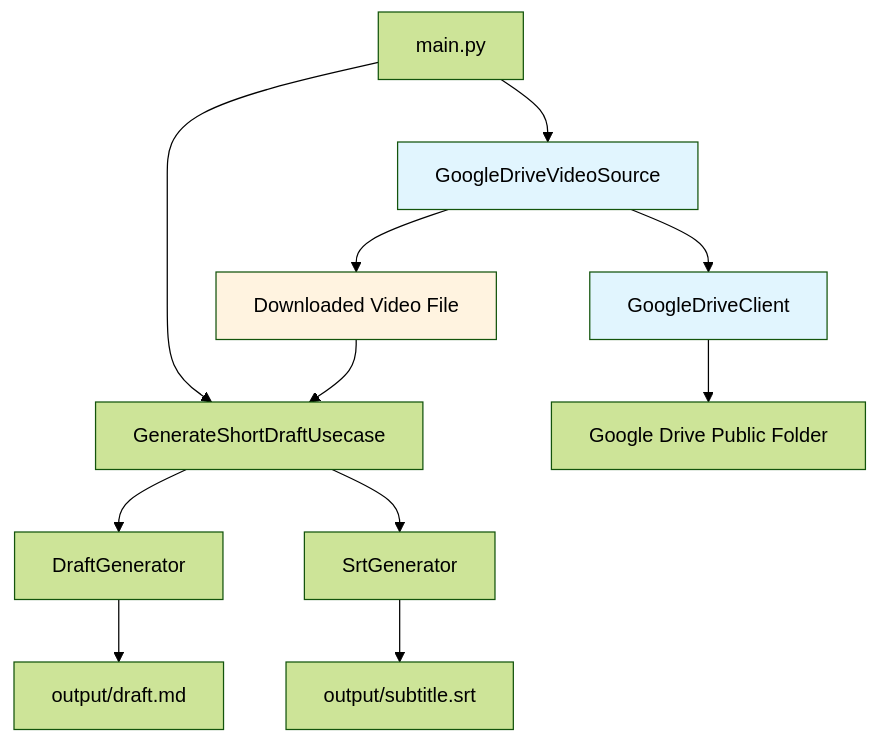
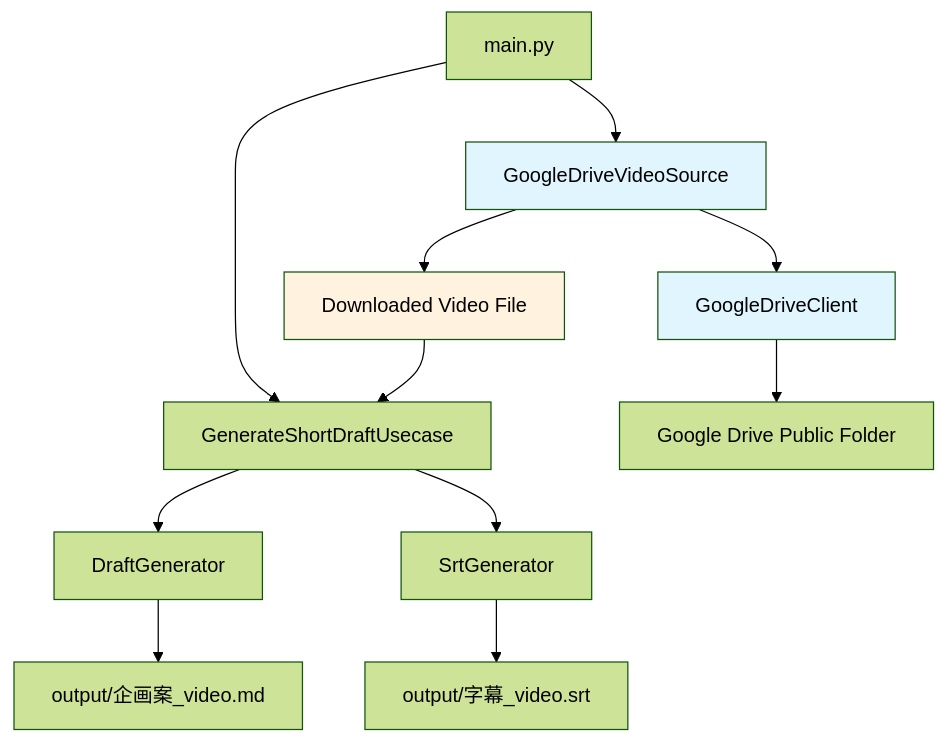
One commit to team-mirai-volunteer/shortmovie-draft-generator2 changed the diagram in tasks/250710_1458_GoogleDrive連携機能設計書.md. Above: the diagram before and after it, drawn with Mermaid (forest theme). The commit also changed 14 other files, not shown here.

````diff
--- a/tasks/250710_1458_GoogleDrive連携機能設計書.md
+++ b/tasks/250710_1458_GoogleDrive連携機能設計書.md
@@ -30,21 +30,21 @@
 ```mermaid
 graph TD
     A[main.py] --> B[GenerateShortDraftUsecase]
     A --> C[GoogleDriveVideoSource]
 
     C --> D[GoogleDriveClient]
     D --> E[Google Drive Public Folder]
 
     C --> F[Downloaded Video File]
     F --> B
 
     B --> G[DraftGenerator]
     B --> H[SrtGenerator]
 
-    G --> I[output/draft.md]
-    H --> J[output/subtitle.srt]
+    G --> I[output/企画案_video.md]
+    H --> J[output/字幕_video.srt]
 
     style C fill:#e1f5fe
     style D fill:#e1f5fe
     style F fill:#fff3e0
 ```
````
